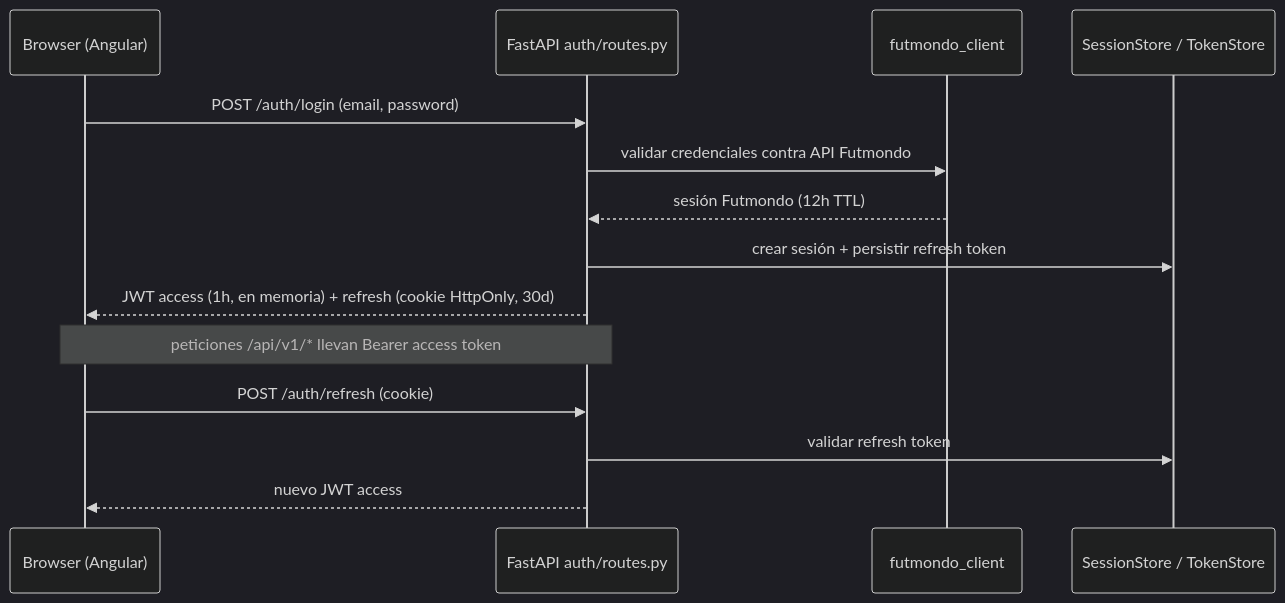
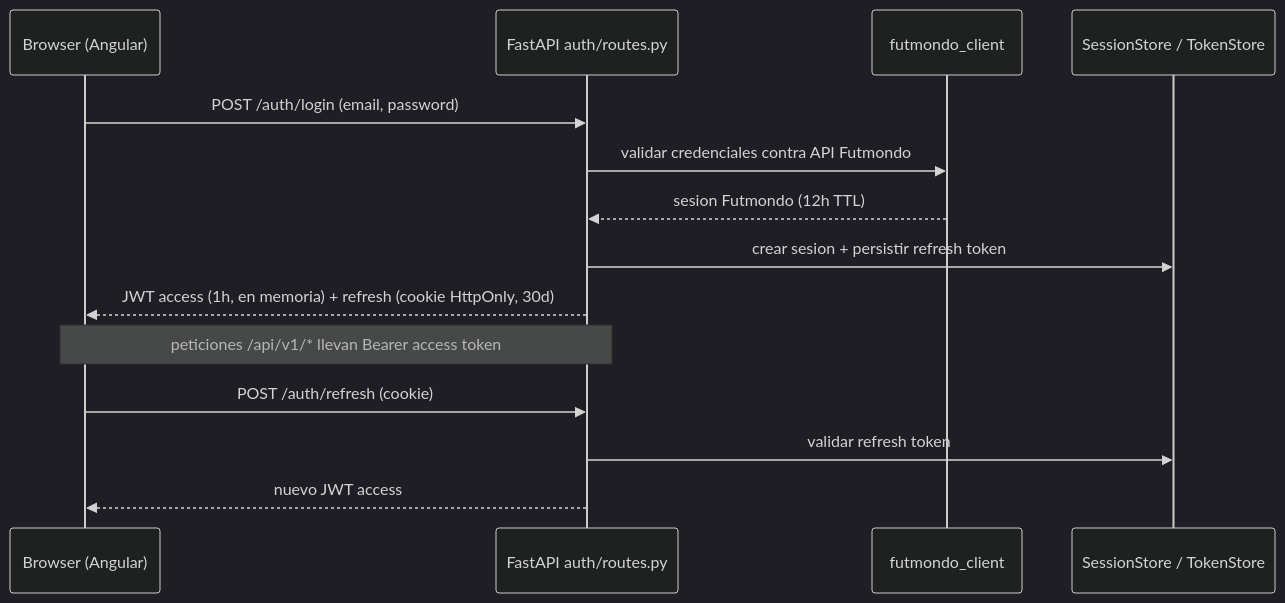
One commit to Mutinho/futmondo-analytics changed the second of 4 diagrams in aidlc/spaces/default/codekb/futmondo-analytics/architecture.md. Above: the diagram before and after it, drawn with Mermaid (dark theme). The commit also changed other lines of this file and 49 other files, not shown here.

````diff
--- a/aidlc/spaces/default/codekb/futmondo-analytics/architecture.md
+++ b/aidlc/spaces/default/codekb/futmondo-analytics/architecture.md
@@ -73,16 +80,16 @@
 ```mermaid
 sequenceDiagram
   participant U as Browser (Angular)
   participant A as FastAPI auth/routes.py
   participant F as futmondo_client
   participant S as SessionStore / TokenStore
   U->>A: POST /auth/login (email, password)
   A->>F: validar credenciales contra API Futmondo
-  F-->>A: sesión Futmondo (12h TTL)
-  A->>S: crear sesión + persistir refresh token
+  F-->>A: sesion Futmondo (12h TTL)
+  A->>S: crear sesion + persistir refresh token
   A-->>U: JWT access (1h, en memoria) + refresh (cookie HttpOnly, 30d)
   Note over U,A: peticiones /api/v1/* llevan Bearer access token
   U->>A: POST /auth/refresh (cookie)
   A->>S: validar refresh token
   A-->>U: nuevo JWT access
 ```
````
